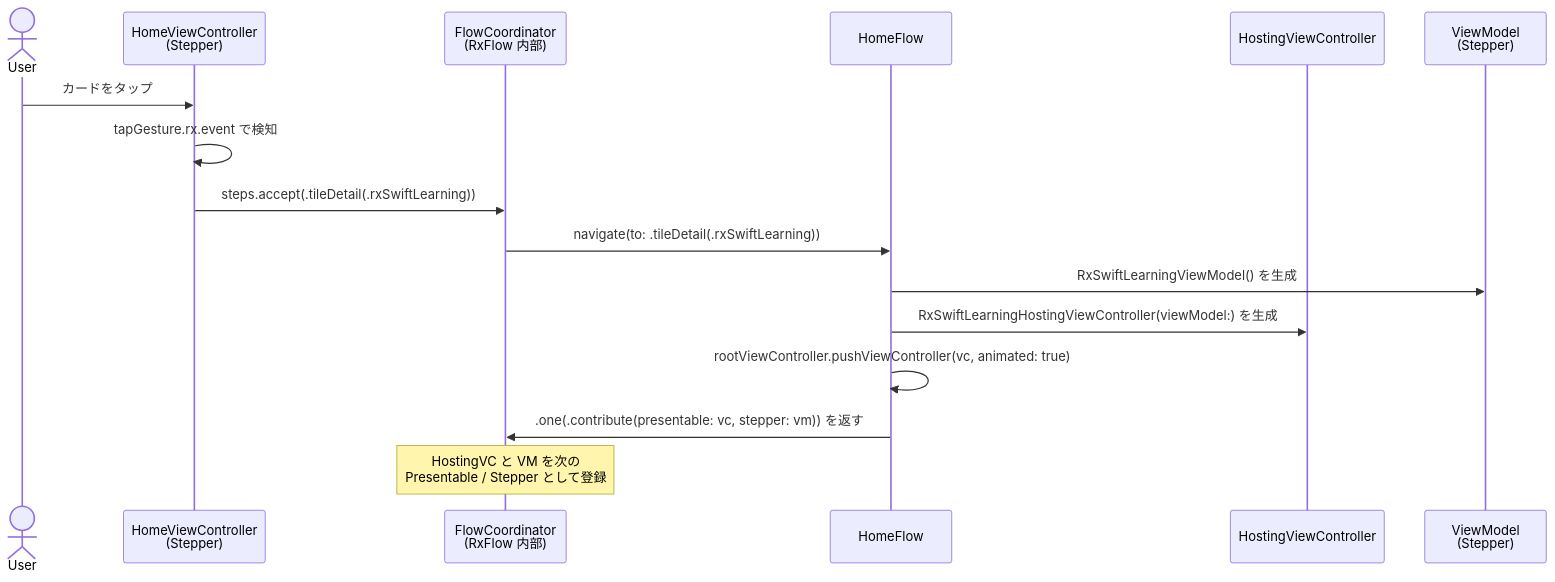
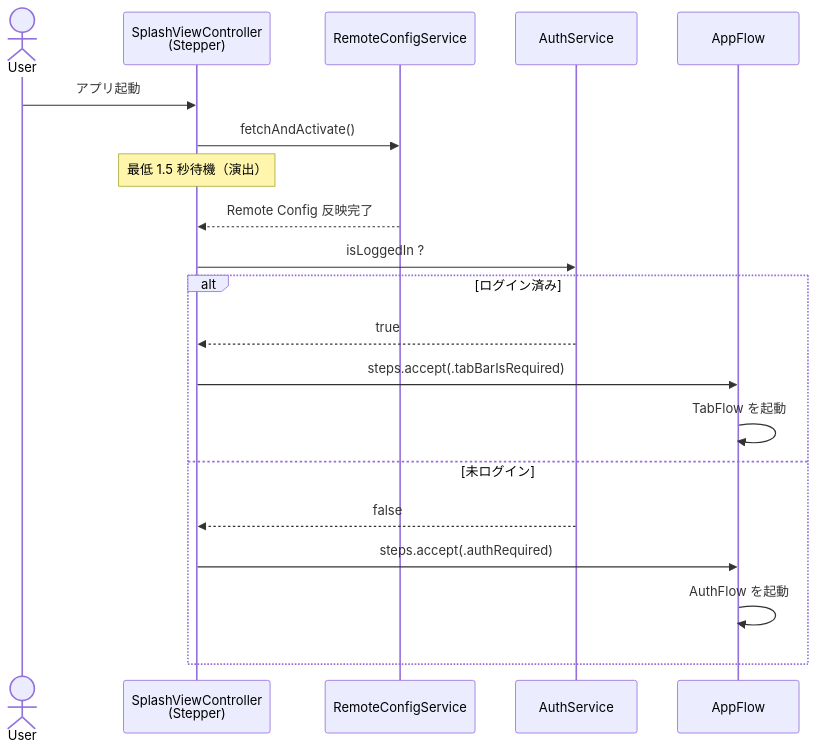
The fourth of 5 diagrams in README.md (boywithdv/SwiftSampleApp), drawn with Mermaid before and after one commit. The commit also changed other lines of this file and 1 other file, not shown here.

````diff
--- a/README.md
+++ b/README.md
@@ -93,19 +245,23 @@
 ```mermaid
 sequenceDiagram
     actor User
-    participant HomeVC as HomeViewController<br/>(Stepper)
-    participant RxFlow as FlowCoordinator<br/>(RxFlow 内部)
-    participant HomeFlow as HomeFlow
-    participant HostingVC as HostingViewController
-    participant VM as ViewModel<br/>(Stepper)
+    participant Splash as SplashViewController<br/>(Stepper)
+    participant RC as RemoteConfigService
+    participant Auth as AuthService
+    participant App as AppFlow
 
-    User->>HomeVC: カードをタップ
-    HomeVC->>HomeVC: tapGesture.rx.event で検知
-    HomeVC->>RxFlow: steps.accept(.tileDetail(.rxSwiftLearning))
-    RxFlow->>HomeFlow: navigate(to: .tileDetail(.rxSwiftLearning))
-    HomeFlow->>VM: RxSwiftLearningViewModel() を生成
-    HomeFlow->>HostingVC: RxSwiftLearningHostingViewController(viewModel:) を生成
-    HomeFlow->>HomeFlow: rootViewController.pushViewController(vc, animated: true)
-    HomeFlow->>RxFlow: .one(.contribute(presentable: vc, stepper: vm)) を返す
-    Note over RxFlow: HostingVC と VM を次の<br/>Presentable / Stepper として登録
+    User->>Splash: アプリ起動
+    Splash->>RC: fetchAndActivate()
+    Note over Splash: 最低 1.5 秒待機（演出）
+    RC-->>Splash: Remote Config 反映完了
+    Splash->>Auth: isLoggedIn ?
+    alt ログイン済み
+        Auth-->>Splash: true
+        Splash->>App: steps.accept(.tabBarIsRequired)
+        App->>App: TabFlow を起動
+    else 未ログイン
+        Auth-->>Splash: false
+        Splash->>App: steps.accept(.authRequired)
+        App->>App: AuthFlow を起動
+    end
 ```
````
